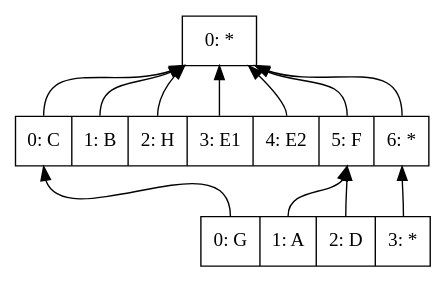
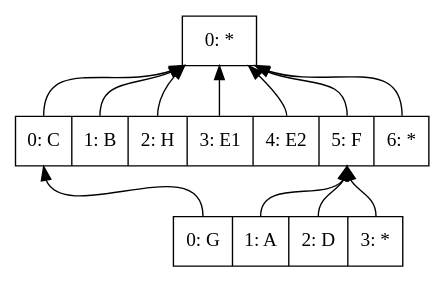
Before and after one commit to lundmikkel/C5: the diagram in C5.Tests/intervaled/data/layered_containment_list.gv, drawn with Graphviz. The commit also changed 2 other files, not shown here.

```diff
--- a/C5.Tests/intervaled/data/layered_containment_list.gv
+++ b/C5.Tests/intervaled/data/layered_containment_list.gv
@@ -1,21 +1,21 @@
 digraph LayeredContainmentList2 {
 	rankdir=BT;
 	node [shape=record];
 
 	layer0 [fontname=consola, label="<n0> 0: G|<n1> 1: A|<n2> 2: D|<n3> 3: *"];
 	layer0:n0 -> layer1:n0;
 	layer0:n1 -> layer1:n5;
 	layer0:n2 -> layer1:n5;
-	layer0:n3 -> layer1:n6;
+	layer0:n3 -> layer1:n5;
 	
 	layer1 [fontname=consola, label="<n0> 0: C|<n1> 1: B|<n2> 2: H|<n3> 3: E1|<n4> 4: E2|<n5> 5: F|<n6> 6: *"];
 	layer1:n0 -> layer2:n0;
 	layer1:n1 -> layer2:n0;
 	layer1:n2 -> layer2:n0;
 	layer1:n3 -> layer2:n0;
 	layer1:n4 -> layer2:n0;
 	layer1:n5 -> layer2:n0;
 	layer1:n6 -> layer2:n0;
 	
 	layer2 [fontname=consola, label="<n0> 0: *"];
 }
```
